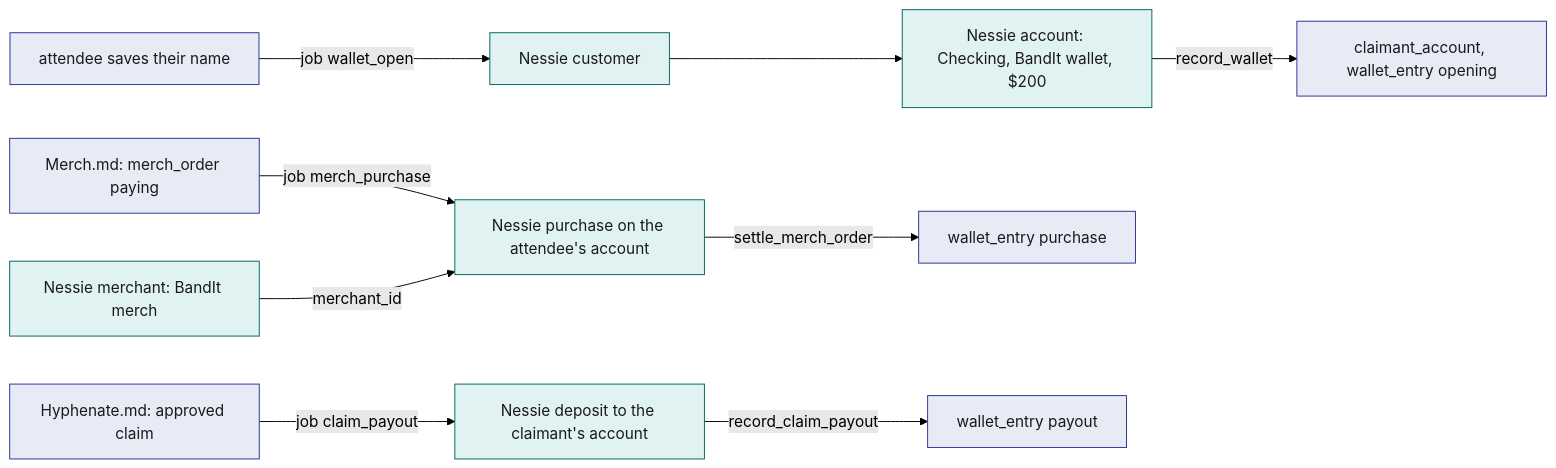
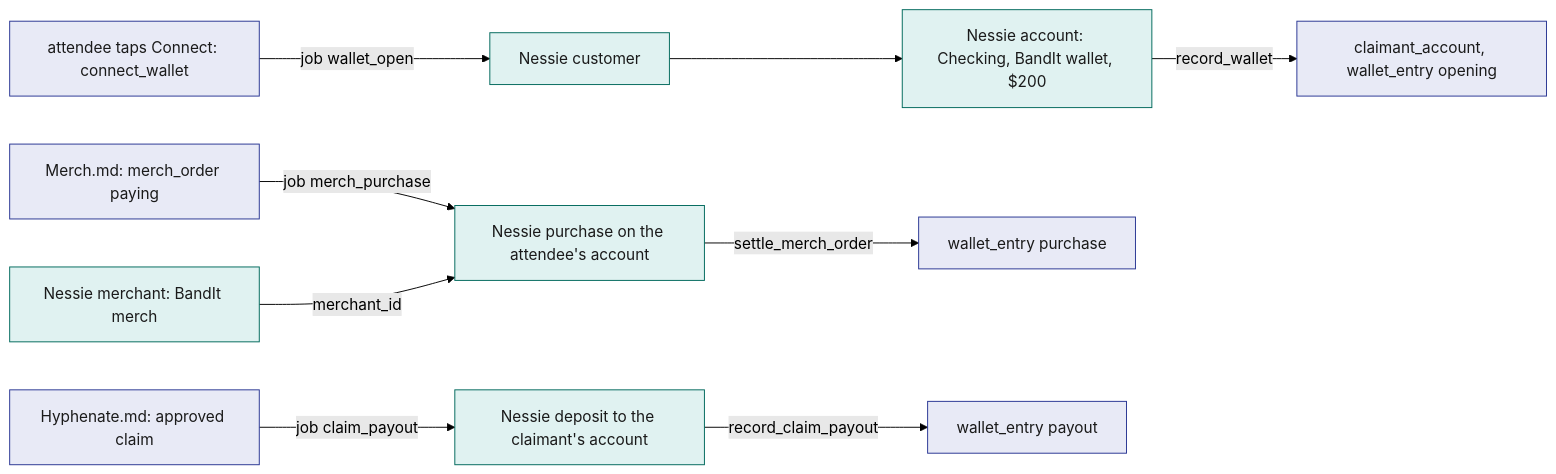
Before and after one commit to viktorinkov/cal-hacks-13: the first of 3 diagrams in System Design/7-integrations/Payments-Nessie.md, drawn with Mermaid (forest theme). The commit also changed other lines of this file and 19 other files, not shown here.

Commit message:
Attendee page is band setup, wallet step, then thank-you

````diff
--- a/System Design/7-integrations/Payments-Nessie.md
+++ b/System Design/7-integrations/Payments-Nessie.md
@@ -51,15 +52,15 @@
 ```mermaid
 flowchart LR
-  A["attendee saves their name"] -->|"job wallet_open"| NC["Nessie customer"]
+  A["attendee taps Connect: connect_wallet"] -->|"job wallet_open"| NC["Nessie customer"]
   NC --> NA["Nessie account: Checking, BandIt wallet, $200"]
   NA -->|"record_wallet"| CA["claimant_account, wallet_entry opening"]
   O["Merch.md: merch_order paying"] -->|"job merch_purchase"| NP["Nessie purchase on the attendee's account"]
   NM["Nessie merchant: BandIt merch"] -->|"merchant_id"| NP
   NP -->|"settle_merch_order"| WP["wallet_entry purchase"]
   C["Hyphenate.md: approved claim"] -->|"job claim_payout"| ND["Nessie deposit to the claimant's account"]
   ND -->|"record_claim_payout"| WO["wallet_entry payout"]
   classDef stdb fill:#E8EAF6,stroke:#283593,color:#1A1A1A
   classDef ext fill:#E0F2F1,stroke:#00695C,color:#1A1A1A
   class A,CA,O,WP,C,WO stdb
   class NC,NA,NM,NP,ND ext
 ```
````
